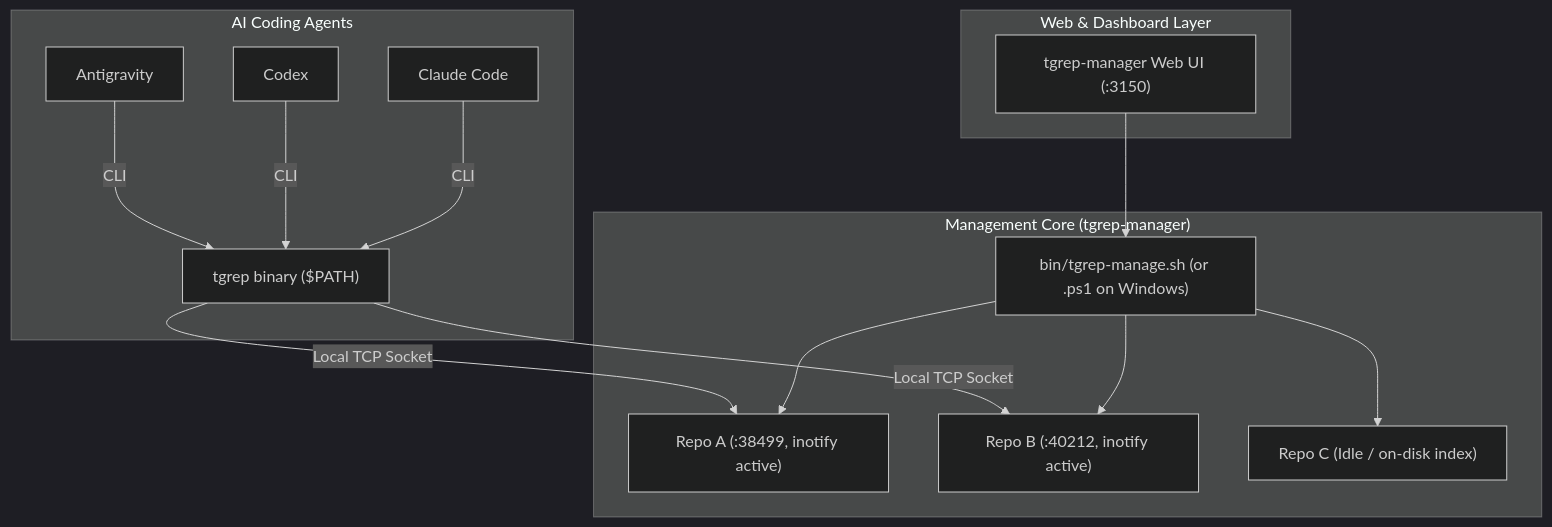
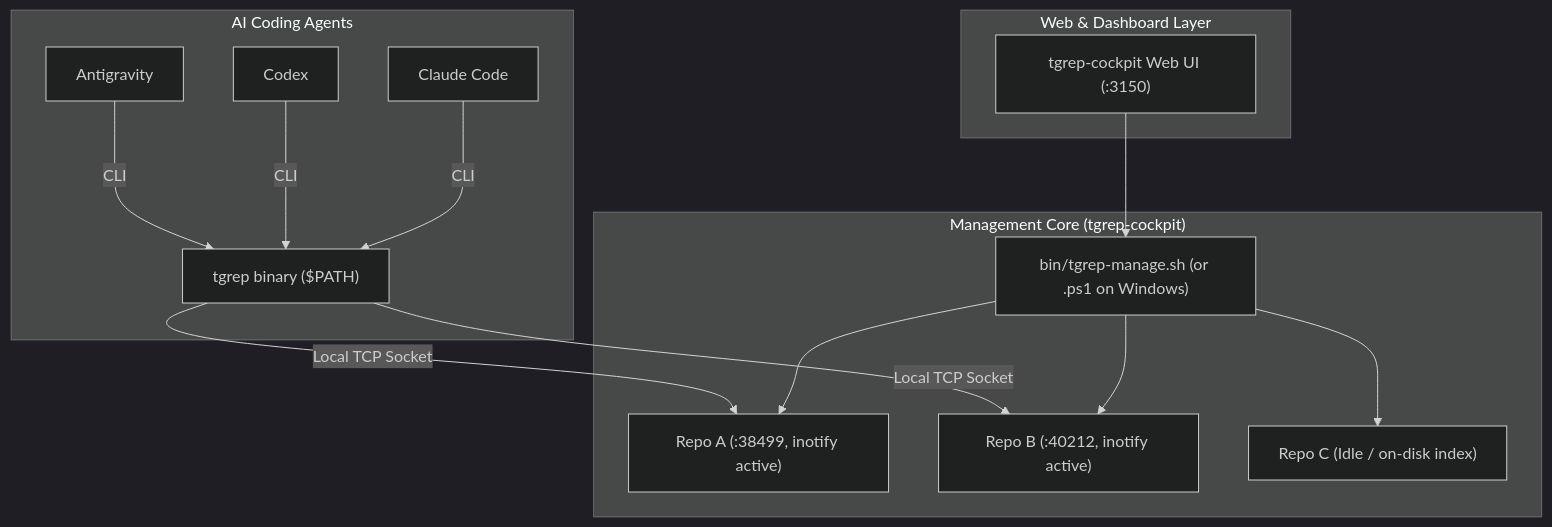
Before and after one commit to PShonda/tgrep-cockpit: the diagram in README.md, drawn with Mermaid (dark theme). The commit also changed other lines of this file and 5 other files, not shown here.

Commit message:
chore: rebrand project to tgrep-cockpit

````diff
--- a/README.md
+++ b/README.md
@@ -32,22 +32,22 @@
 ```mermaid
 flowchart TD
     subgraph Dashboard["Web & Dashboard Layer"]
-        WEB["tgrep-manager Web UI (:3150)"]
+        WEB["tgrep-cockpit Web UI (:3150)"]
     end
 
     subgraph Agents["AI Coding Agents"]
         CC["Claude Code"] -->|CLI| TG_CLI["tgrep binary ($PATH)"]
         CX["Codex"] -->|CLI| TG_CLI
         AG["Antigravity"] -->|CLI| TG_CLI
     end
 
-    subgraph Controller["Management Core (tgrep-manager)"]
+    subgraph Controller["Management Core (tgrep-cockpit)"]
         WEB --> SCRIPT["bin/tgrep-manage.sh (or .ps1 on Windows)"]
         SCRIPT --> REPO1["Repo A (:38499, inotify active)"]
         SCRIPT --> REPO2["Repo B (:40212, inotify active)"]
         SCRIPT --> REPO3["Repo C (Idle / on-disk index)"]
     end
 
     TG_CLI -->|Local TCP Socket| REPO1
     TG_CLI -->|Local TCP Socket| REPO2
 ```
````
